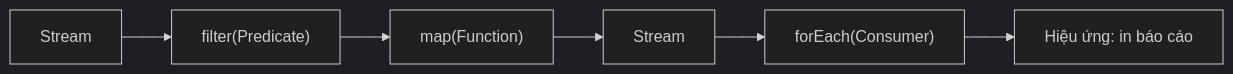
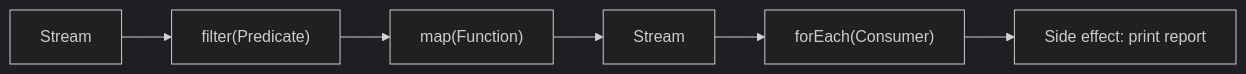
The diagram in module/platform/development/programming/language/java/core/stream-api/content/knowledge/en/3.behavioral-functions-and-types/behavioral-functions-and-types-001.md (phuongnguyenit93/learning-platform-data), drawn with Mermaid (dark theme) before and after one commit. The commit also changed other lines of this file and 2307 other files, not shown here.

```diff
--- a/module/platform/development/programming/language/java/core/stream-api/content/knowledge/en/3.behavioral-functions-and-types/behavioral-functions-and-types-001.md
+++ b/module/platform/development/programming/language/java/core/stream-api/content/knowledge/en/3.behavioral-functions-and-types/behavioral-functions-and-types-001.md
@@ -29,8 +29,8 @@
 ~~~mermaid
 flowchart LR
     A["Stream<Order>"] --> B["filter(Predicate<Order>)"]
     B --> C["map(Function<Order, String>)"]
     C --> D["Stream<String>"]
     D --> E["forEach(Consumer<String>)"]
-    E --> F["Hiệu ứng: in báo cáo"]
+    E --> F["Side effect: print report"]
 ~~~
```
